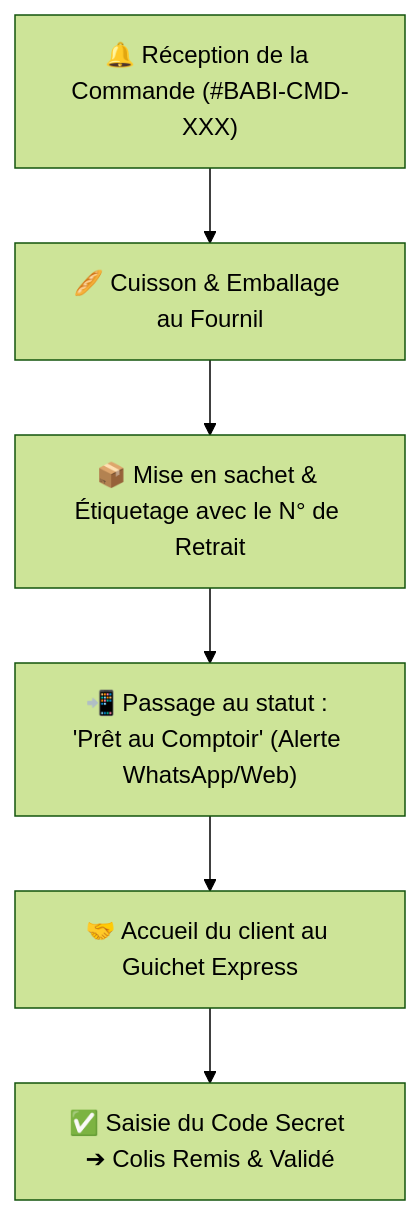
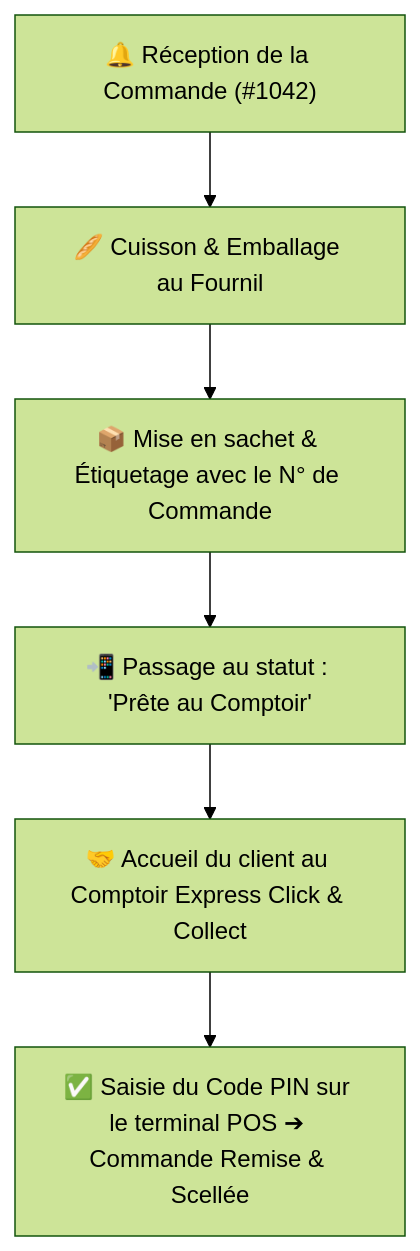
Before and after one commit to Christ-Hub-pixel/Boulangerie-de-BABI-main: the second of 2 diagrams in PARCOURS_UTILISATEURS.md, drawn with Mermaid (forest theme). The commit also changed other lines of this file and 7 other files, not shown here.

````diff
--- a/PARCOURS_UTILISATEURS.md
+++ b/PARCOURS_UTILISATEURS.md
@@ -39,8 +36,8 @@
 ```mermaid
 flowchart TD
-    A1["🔔 Réception de la Commande (#BABI-CMD-XXX)"] --> B1["🥖 Cuisson & Emballage au Fournil"]
-    B1 --> C1["📦 Mise en sachet & Étiquetage avec le N° de Retrait"]
-    C1 --> D1["📲 Passage au statut : 'Prêt au Comptoir' (Alerte WhatsApp/Web)"]
-    D1 --> E1["🤝 Accueil du client au Guichet Express"]
-    E1 --> F1["✅ Saisie du Code Secret ➔ Colis Remis & Validé"]
+    A1["🔔 Réception de la Commande (#1042)"] --> B1["🥖 Cuisson & Emballage au Fournil"]
+    B1 --> C1["📦 Mise en sachet & Étiquetage avec le N° de Commande"]
+    C1 --> D1["📲 Passage au statut : 'Prête au Comptoir'"]
+    D1 --> E1["🤝 Accueil du client au Comptoir Express Click & Collect"]
+    E1 --> F1["✅ Saisie du Code PIN sur le terminal POS ➔ Commande Remise & Scellée"]
 ```
````
